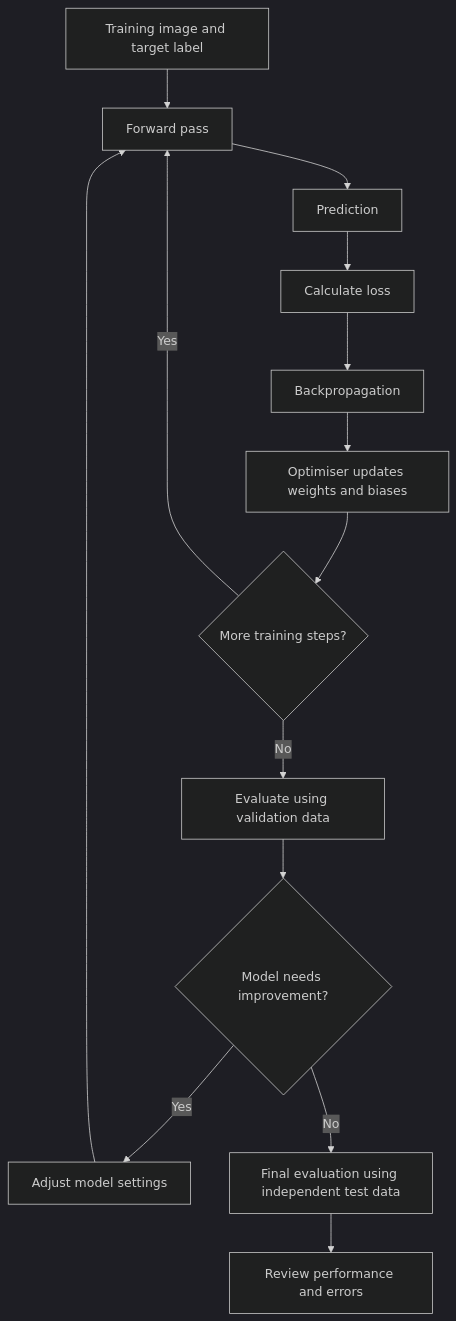
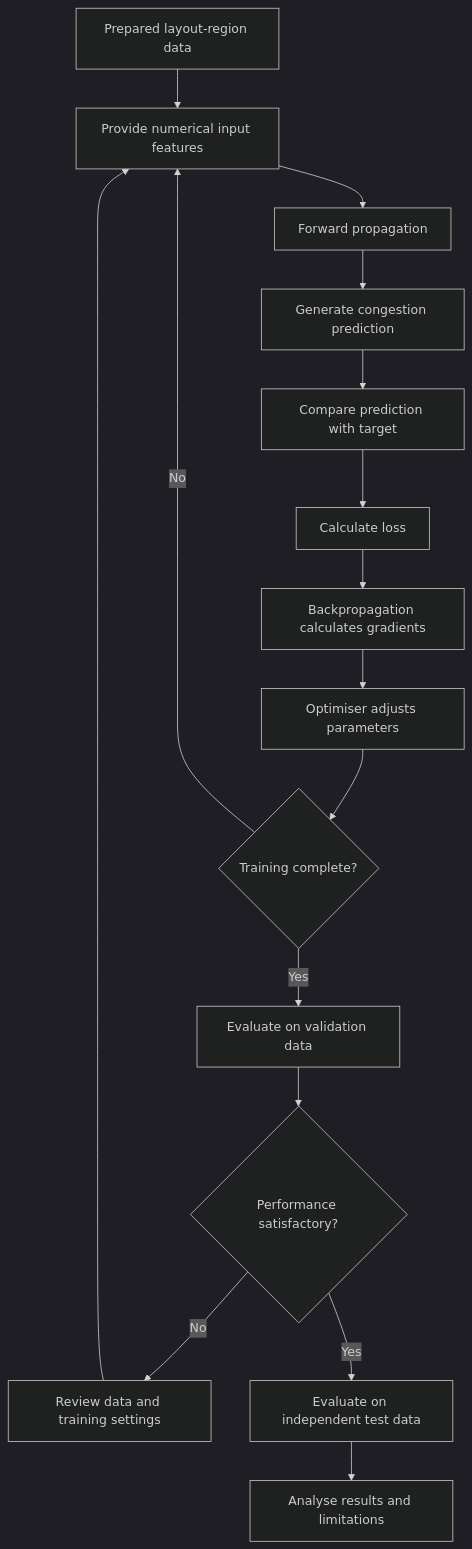
Before and after one commit to SathvikaPateluppu/vlsiguru-ai-literacy-UppulaSathvika: the diagram in week-04/how_neural_networks_learn.md, drawn with Mermaid (dark theme). The commit also changed other lines of this file, not shown here.

````diff
--- a/week-04/how_neural_networks_learn.md
+++ b/week-04/how_neural_networks_learn.md
@@ -118,16 +166,18 @@
 ```mermaid
 flowchart TD
-    A["Training image and target label"] --> B["Forward pass"]
-    B --> C["Prediction"]
-    C --> D["Calculate loss"]
-    D --> E["Backpropagation"]
-    E --> F["Optimiser updates weights and biases"]
-    F --> G{"More training steps?"}
-    G -- Yes --> B
-    G -- No --> H["Evaluate using validation data"]
-    H --> I{"Model needs improvement?"}
-    I -- Yes --> J["Adjust model settings"]
-    J --> B
-    I -- No --> K["Final evaluation using independent test data"]
-    K --> L["Review performance and errors"]
+    A["Prepared layout-region data"] --> B["Provide numerical input features"]
+    B --> C["Forward propagation"]
+    C --> D["Generate congestion prediction"]
+    D --> E["Compare prediction with target"]
+    E --> F["Calculate loss"]
+    F --> G["Backpropagation calculates gradients"]
+    G --> H["Optimiser adjusts parameters"]
+    H --> I{"Training complete?"}
+    I -- No --> B
+    I -- Yes --> J["Evaluate on validation data"]
+    J --> K{"Performance satisfactory?"}
+    K -- No --> L["Review data and training settings"]
+    L --> B
+    K -- Yes --> M["Evaluate on independent test data"]
+    M --> N["Analyse results and limitations"]
 ```
````
